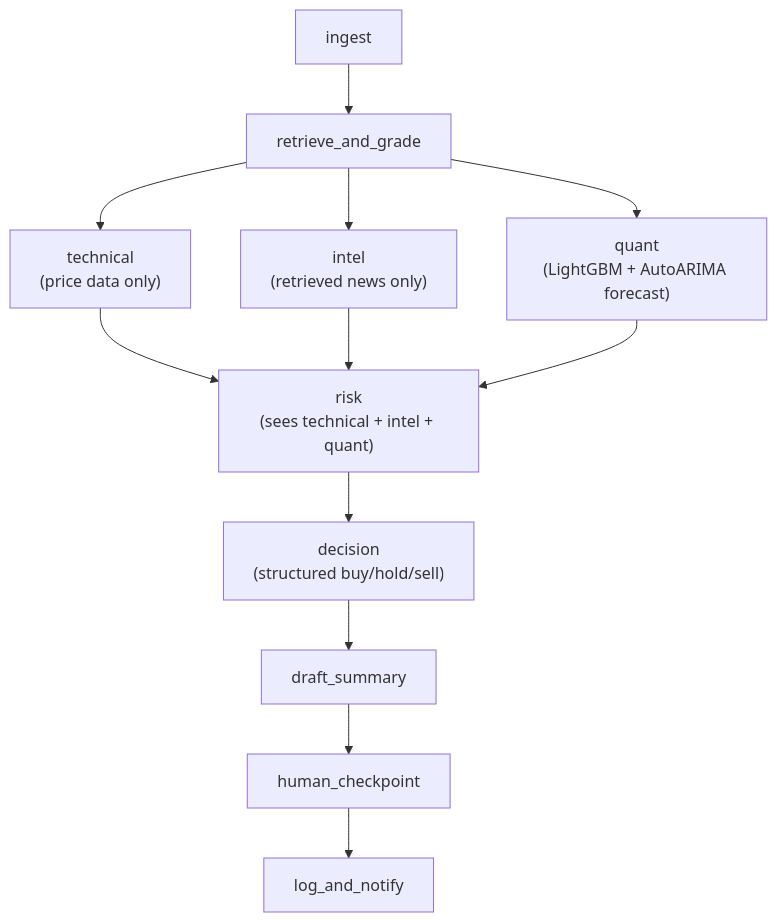
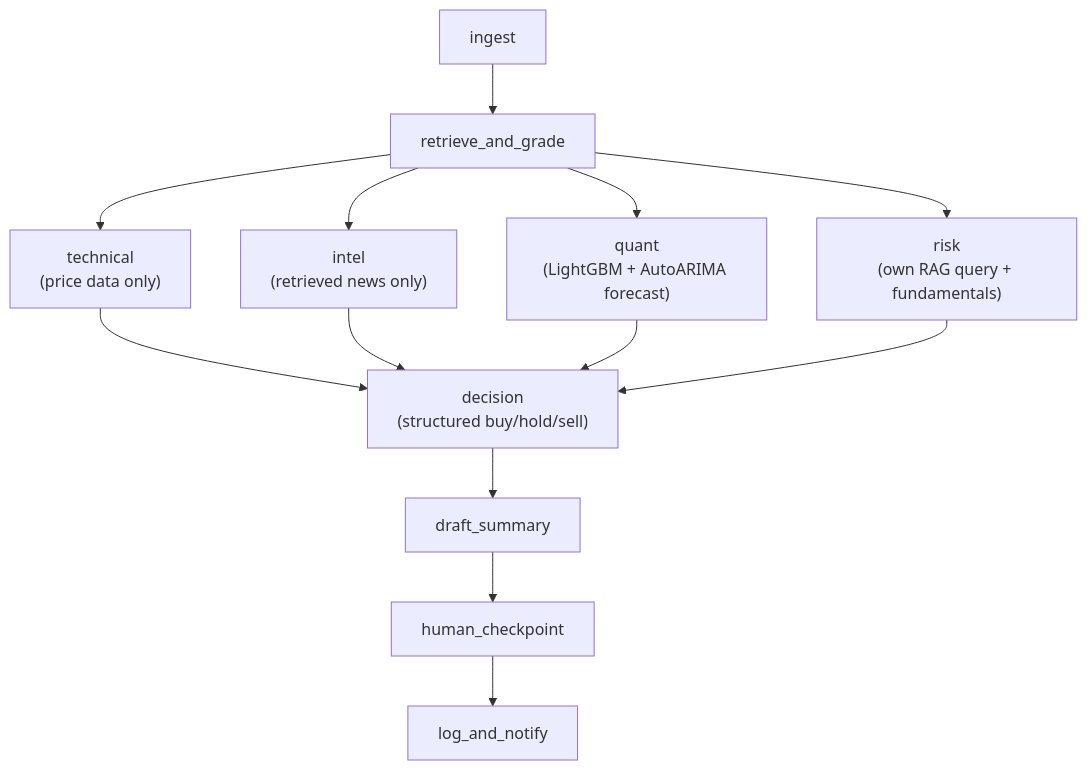
The diagram in docs/multi_agent_architecture.md (Rae-ymr/daily_stock_agent), drawn with Mermaid before and after one commit. The commit also changed other lines of this file and 3 other files, not shown here.

````diff
--- a/docs/multi_agent_architecture.md
+++ b/docs/multi_agent_architecture.md
@@ -10,14 +10,15 @@
 ```mermaid
 flowchart TD
     A[ingest] --> B[retrieve_and_grade]
     B --> T["technical\n(price data only)"]
     B --> I["intel\n(retrieved news only)"]
     B --> Q["quant\n(LightGBM + AutoARIMA forecast)"]
-    T --> R["risk\n(sees technical + intel + quant)"]
-    I --> R
-    Q --> R
-    R --> DEC["decision\n(structured buy/hold/sell)"]
+    B --> R["risk\n(own RAG query + fundamentals)"]
+    T --> DEC["decision\n(structured buy/hold/sell)"]
+    I --> DEC
+    Q --> DEC
+    R --> DEC
     DEC --> D[draft_summary]
     D --> E[human_checkpoint]
     E --> F[log_and_notify]
 ```
````
